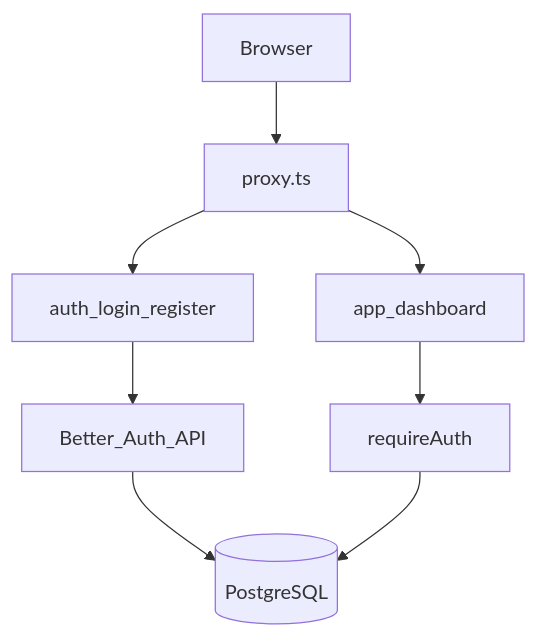
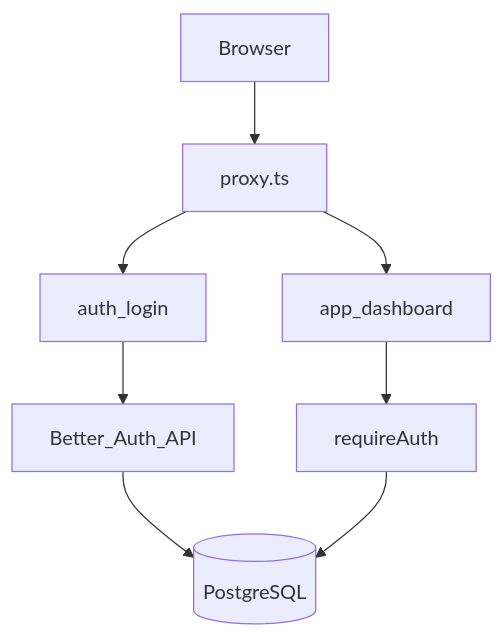
The second of 2 diagrams in README.md (GMJSilmaro/bir-eis-middleware), drawn with Mermaid before and after one commit. The commit also changed other lines of this file and 47 other files, not shown here.

````diff
--- a/README.md
+++ b/README.md
@@ -47,10 +47,10 @@
 ```mermaid
 flowchart TB
   Browser --> Proxy[proxy.ts]
-  Proxy --> AuthPages[auth_login_register]
+  Proxy --> AuthPages[auth_login]
   Proxy --> AppShell[app_dashboard]
   AuthPages --> BetterAuth[Better_Auth_API]
   AppShell --> RequireAuth[requireAuth]
   BetterAuth --> Prisma[(PostgreSQL)]
   RequireAuth --> Prisma
 ```
````
